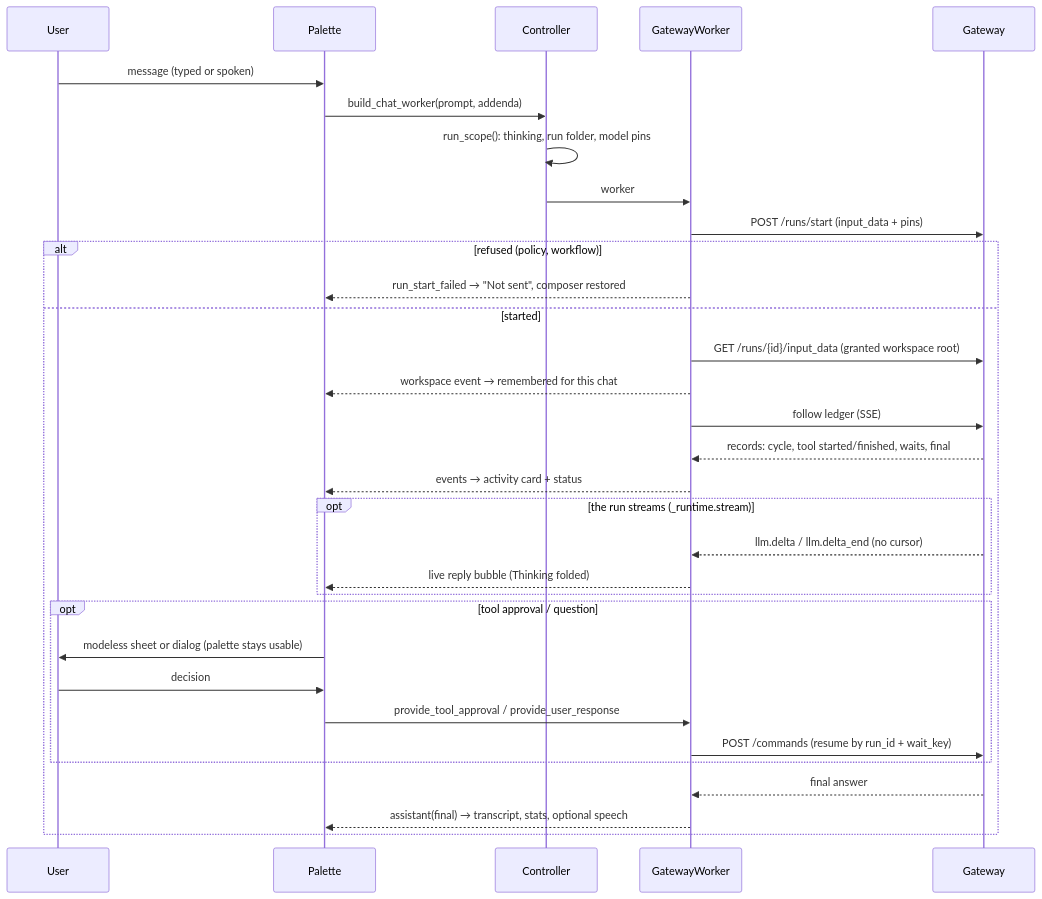
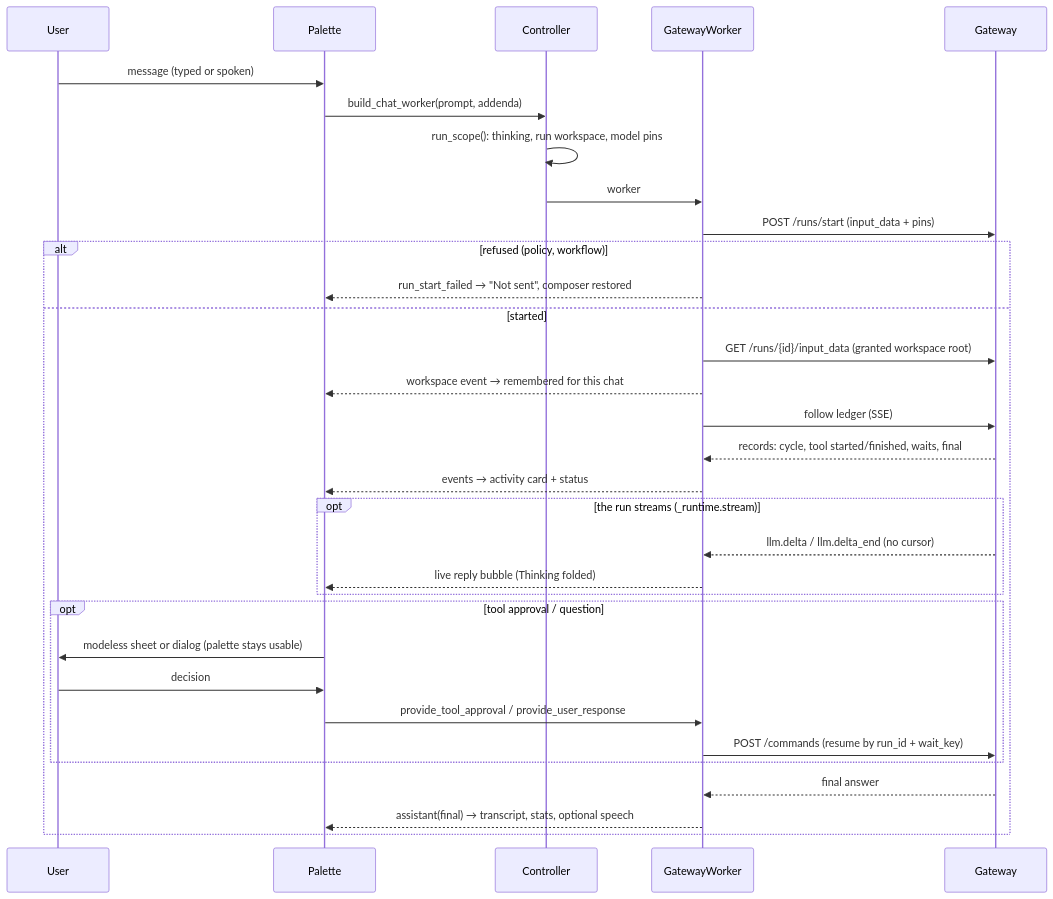
One commit to lpalbou/AbstractAssistant changed the third of 4 diagrams in docs/architecture.md. Above: the diagram before and after it, drawn with Mermaid. The commit also changed 12 other files, not shown here.

````diff
--- a/docs/architecture.md
+++ b/docs/architecture.md
@@ -215,34 +215,34 @@
 ```mermaid
 sequenceDiagram
   participant U as User
   participant P as Palette
   participant C as Controller
   participant W as GatewayWorker
   participant G as Gateway
   U->>P: message (typed or spoken)
   P->>C: build_chat_worker(prompt, addenda)
-  C->>C: run_scope(): thinking, run folder, model pins
+  C->>C: run_scope(): thinking, run workspace, model pins
   C->>W: worker
   W->>G: POST /runs/start (input_data + pins)
   alt refused (policy, workflow)
     W-->>P: run_start_failed → "Not sent", composer restored
   else started
     W->>G: GET /runs/{id}/input_data (granted workspace root)
     W-->>P: workspace event → remembered for this chat
     W->>G: follow ledger (SSE)
     G-->>W: records: cycle, tool started/finished, waits, final
     W-->>P: events → activity card + status
     opt the run streams (_runtime.stream)
       G-->>W: llm.delta / llm.delta_end (no cursor)
       W-->>P: live reply bubble (Thinking folded)
     end
     opt tool approval / question
       P->>U: modeless sheet or dialog (palette stays usable)
       U->>P: decision
       P->>W: provide_tool_approval / provide_user_response
       W->>G: POST /commands (resume by run_id + wait_key)
     end
     G-->>W: final answer
     W-->>P: assistant(final) → transcript, stats, optional speech
   end
 ```
````
